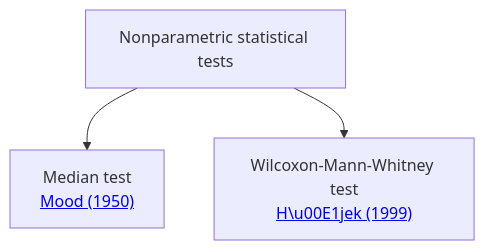
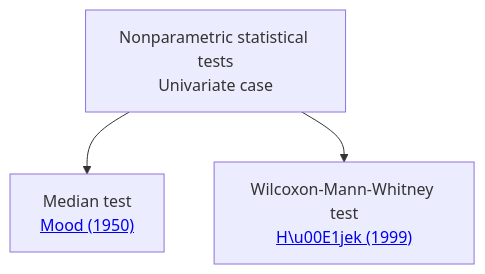
The first of 2 diagrams in talks.qmd (smidazai/my_site_ZS), drawn with Mermaid before and after one commit. The commit also changed other lines of this file and 1 other file, not shown here.

````diff
--- a/talks.qmd
+++ b/talks.qmd
@@ -27,9 +27,7 @@
 ```{mermaid}
-%%| label: fig-flowchart
-%%| fig-cap: title to add 
 %%| fig-align: center
 
 flowchart TD
-    I["Nonparametric statistical tests<br>"] --> J["Median test<br><a href='https://psycnet.apa.org/record/1950-05609-000'target='_blank'>Mood (1950)</a>"]
+    I["Nonparametric statistical tests<br>Univariate case"] --> J["Median test<br><a href='https://psycnet.apa.org/record/1950-05609-000'target='_blank'>Mood (1950)</a>"]
     I --> L["Wilcoxon-Mann-Whitney test<br><a href='https://www.jstor.org/stable/3001968?origin=crossref' target='_blank'>H\u00E1jek (1999)"]
 ```
````
